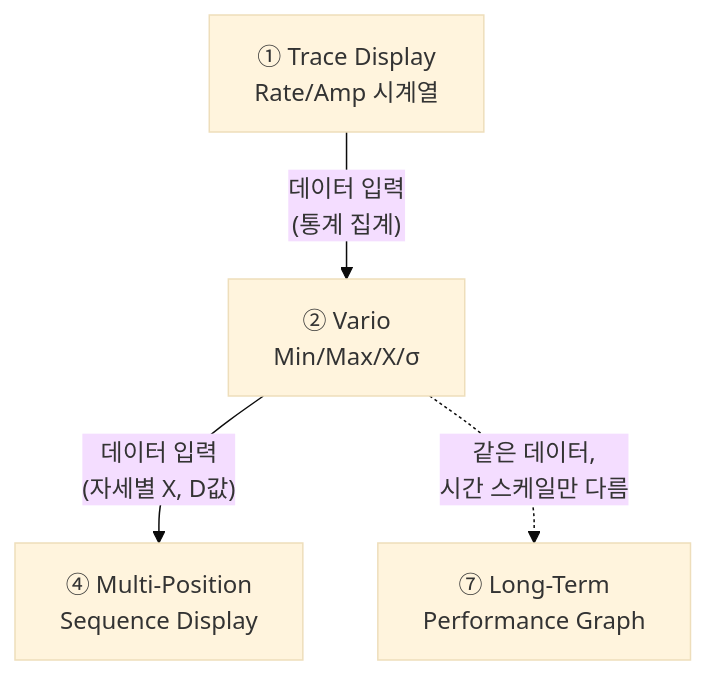
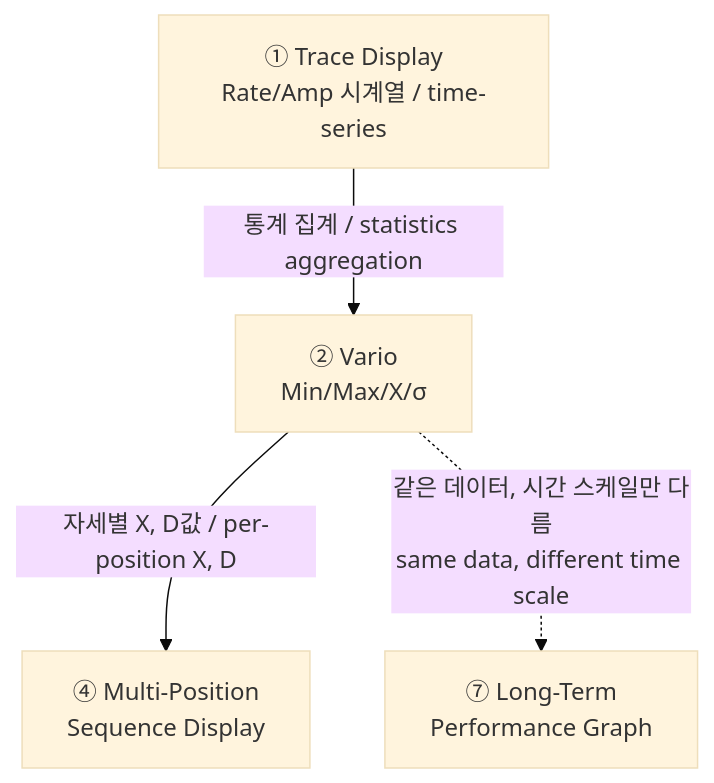
One commit to Ji-Min-Lee/2026-3-sw-architect-studio-project changed the second of 3 diagrams in docs/week1/kickoff-workshop/graph-analysis.md. Above: the diagram before and after it, drawn with Mermaid (base theme). The commit also changed other lines of this file and 4 other files, not shown here.

````diff
--- a/docs/week1/kickoff-workshop/graph-analysis.md
+++ b/docs/week1/kickoff-workshop/graph-analysis.md
@@ -354,9 +414,9 @@
 ```mermaid
 graph TD
-    TRC["① Trace Display\nRate/Amp 시계열"]
-    TRC -->|"데이터 입력\n(통계 집계)"| VAR["② Vario\nMin/Max/X/σ"]
+    TRC["① Trace Display\nRate/Amp 시계열 / time-series"]
+    TRC -->|"통계 집계 / statistics aggregation"| VAR["② Vario\nMin/Max/X/σ"]
 
-    VAR -->|"데이터 입력\n(자세별 X, D값)"| MPS["④ Multi-Position\nSequence Display"]
+    VAR -->|"자세별 X, D값 / per-position X, D"| MPS["④ Multi-Position\nSequence Display"]
 
-    VAR -. "같은 데이터,\n시간 스케일만 다름" .-> LTP["⑦ Long-Term\nPerformance Graph"]
+    VAR -. "같은 데이터, 시간 스케일만 다름\nsame data, different time scale" .-> LTP["⑦ Long-Term\nPerformance Graph"]
 ```
````
